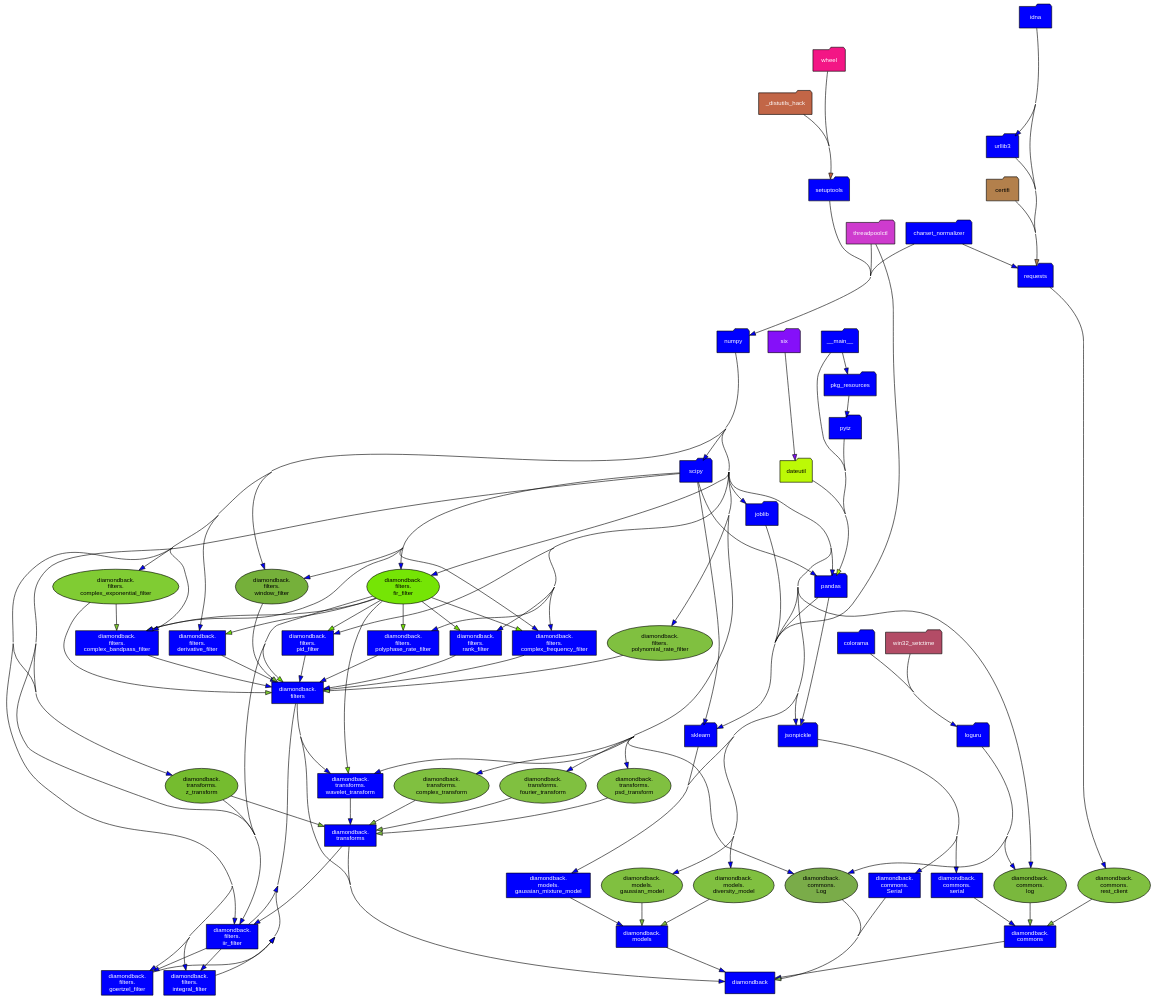
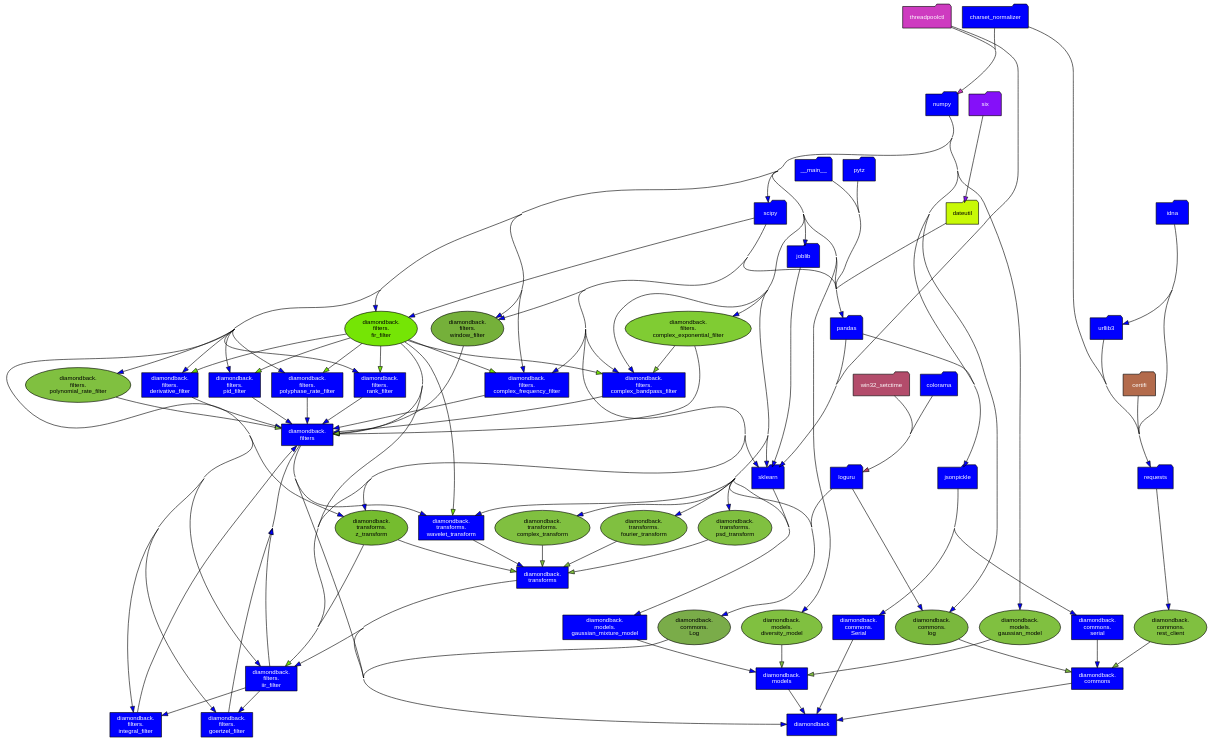
One commit to larryturner/diamondback changed the diagram in docs/dependencies.dot. Above: the diagram before and after it, drawn with Graphviz. The commit also changed 26 other files, not shown here.

```diff
--- a/docs/dependencies.dot
+++ b/docs/dependencies.dot
@@ -6,11 +6,10 @@
     node [style=filled,fillcolor="#ffffff",fontcolor="#000000",fontname=Helvetica,fontsize=10];
 
     __main__ [fillcolor="blue",fontcolor="white",shape="folder"];
-    _distutils_hack [fillcolor="#c26647",fontcolor="#ffffff",shape="folder"];
-    certifi [fillcolor="#b3804c",shape="folder"];
+    certifi [fillcolor="#b36b4c",fontcolor="#ffffff",shape="folder"];
     charset_normalizer [fillcolor="blue",fontcolor="white",shape="folder"];
     colorama [fillcolor="blue",fontcolor="white",shape="folder"];
-    dateutil [fillcolor="#bcf906",shape="folder"];
+    dateutil [fillcolor="#c8f906",shape="folder"];
     diamondback [fillcolor="blue",fontcolor="white",shape="box"];
     diamondback_commons [fillcolor="blue",fontcolor="white",label="diamondback\.\ncommons",shape="box"];
     diamondback_commons_Log [fillcolor="#7aac49",label="diamondback\.\ncommons\.\nLog"];
@@ -48,25 +47,20 @@
     loguru [fillcolor="blue",fontcolor="white",shape="folder"];
     numpy [fillcolor="blue",fontcolor="white",shape="folder"];
     pandas [fillcolor="blue",fontcolor="white",shape="folder"];
-    pkg_resources [fillcolor="blue",fontcolor="white",shape="folder"];
     pytz [fillcolor="blue",fontcolor="white",shape="folder"];
     requests [fillcolor="blue",fontcolor="white",shape="folder"];
     scipy [fillcolor="blue",fontcolor="white",shape="folder"];
-    setuptools [fillcolor="blue",fontcolor="white",shape="folder"];
     six [fillcolor="#8510f9",fontcolor="#ffffff",shape="folder"];
     sklearn [fillcolor="blue",fontcolor="white",shape="folder"];
-    threadpoolctl [fillcolor="#ce3bce",fontcolor="#ffffff",shape="folder"];
+    threadpoolctl [fillcolor="#ce3bc0",fontcolor="#ffffff",shape="folder"];
     urllib3 [fillcolor="blue",fontcolor="white",shape="folder"];
-    wheel [fillcolor="#f31685",fontcolor="#ffffff",shape="folder"];
-    win32_setctime [fillcolor="#b34c66",fontcolor="#ffffff",shape="folder"];
+    win32_setctime [fillcolor="#b34c6b",fontcolor="#ffffff",shape="folder"];
     __main__ -> pandas [fillcolor="blue",minlen="4"];
-    __main__ -> pkg_resources [fillcolor="blue"];
-    _distutils_hack -> setuptools [fillcolor="#c26647",minlen="2"];
-    certifi -> requests [fillcolor="#b3804c",minlen="2"];
+    certifi -> requests [fillcolor="#b36b4c",minlen="2"];
     charset_normalizer -> numpy [fillcolor="blue",minlen="3"];
     charset_normalizer -> requests [fillcolor="blue"];
     colorama -> loguru [fillcolor="blue",minlen="2"];
-    dateutil -> pandas [fillcolor="#bcf906",minlen="3"];
+    dateutil -> pandas [fillcolor="#c8f906",minlen="3"];
     diamondback_commons -> diamondback [fillcolor="blue"];
     diamondback_commons_Log -> diamondback [fillcolor="#7aac49",minlen="2"];
     diamondback_commons_log -> diamondback_commons [fillcolor="#7ab83d",weight="2"];
@@ -148,7 +142,6 @@
     numpy -> sklearn [fillcolor="blue",minlen="3"];
     pandas -> jsonpickle [fillcolor="blue",minlen="3"];
     pandas -> sklearn [fillcolor="blue",minlen="3"];
-    pkg_resources -> pytz [fillcolor="blue"];
     pytz -> pandas [fillcolor="blue",minlen="4"];
     requests -> diamondback_commons_rest_client [fillcolor="blue",minlen="3"];
     scipy -> diamondback_filters_complex_bandpass_filter [fillcolor="blue",minlen="3"];
@@ -159,12 +152,10 @@
     scipy -> diamondback_transforms_z_transform [fillcolor="blue",minlen="3"];
     scipy -> pandas [fillcolor="blue",minlen="3"];
     scipy -> sklearn [fillcolor="blue",minlen="3"];
-    setuptools -> numpy [fillcolor="blue",minlen="4"];
     six -> dateutil [fillcolor="#8510f9",minlen="3"];
     sklearn -> diamondback_models_gaussian_mixture_model [fillcolor="blue",minlen="3"];
-    threadpoolctl -> numpy [fillcolor="#ce3bce",minlen="3"];
-    threadpoolctl -> sklearn [fillcolor="#ce3bce",minlen="3"];
+    threadpoolctl -> numpy [fillcolor="#ce3bc0",minlen="3"];
+    threadpoolctl -> sklearn [fillcolor="#ce3bc0",minlen="3"];
     urllib3 -> requests [fillcolor="blue",minlen="3"];
-    wheel -> setuptools [fillcolor="#f31685",minlen="3"];
-    win32_setctime -> loguru [fillcolor="#b34c66",minlen="2"];
+    win32_setctime -> loguru [fillcolor="#b34c6b",minlen="2"];
 }
```
